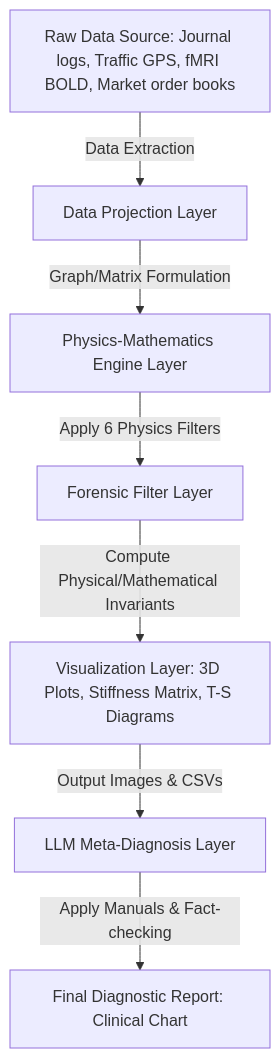
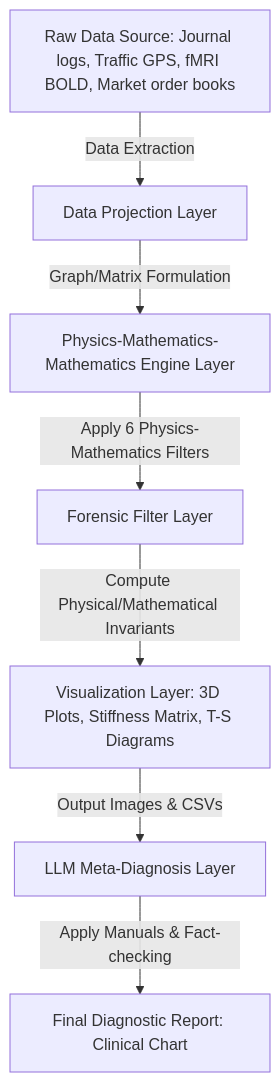
Before and after one commit to renpoo/TLU: the diagram in docs/02_System_Architecture_and_Operations.md, drawn with Mermaid. The commit also changed other lines of this file and 570 other files, not shown here.

````diff
--- a/docs/02_System_Architecture_and_Operations.md
+++ b/docs/02_System_Architecture_and_Operations.md
@@ -23,9 +23,9 @@
 ```mermaid
 graph TD
     A[Raw Data Source: Journal logs, Traffic GPS, fMRI BOLD, Market order books] -->|Data Extraction| B[Data Projection Layer]
-    B -->|Graph/Matrix Formulation| C[Physics-Mathematics Engine Layer]
-    C -->|Apply 6 Physics Filters| D[Forensic Filter Layer]
+    B -->|Graph/Matrix Formulation| C[Physics-Mathematics-Mathematics Engine Layer]
+    C -->|Apply 6 Physics-Mathematics Filters| D[Forensic Filter Layer]
     D -->|Compute Physical/Mathematical Invariants| E[Visualization Layer: 3D Plots, Stiffness Matrix, T-S Diagrams]
     E -->|Output Images & CSVs| F[LLM Meta-Diagnosis Layer]
     F -->|Apply Manuals & Fact-checking| G[Final Diagnostic Report: Clinical Chart]
 ```
````
